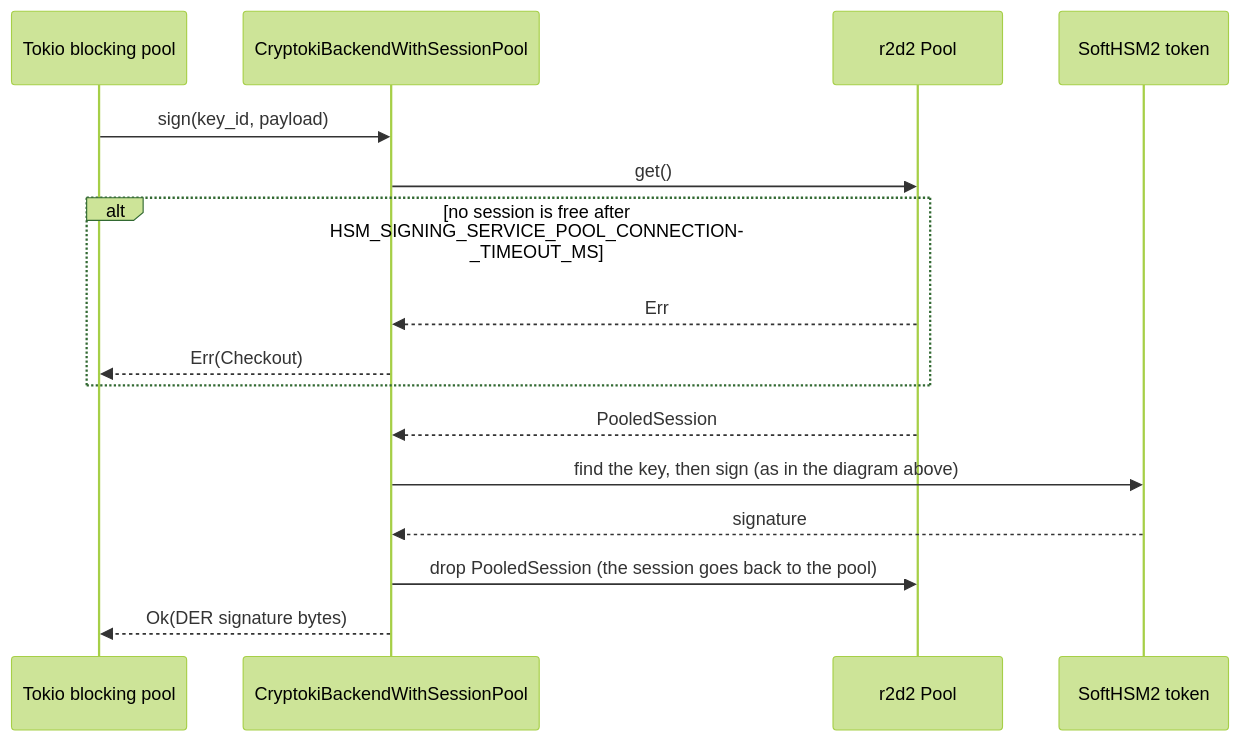
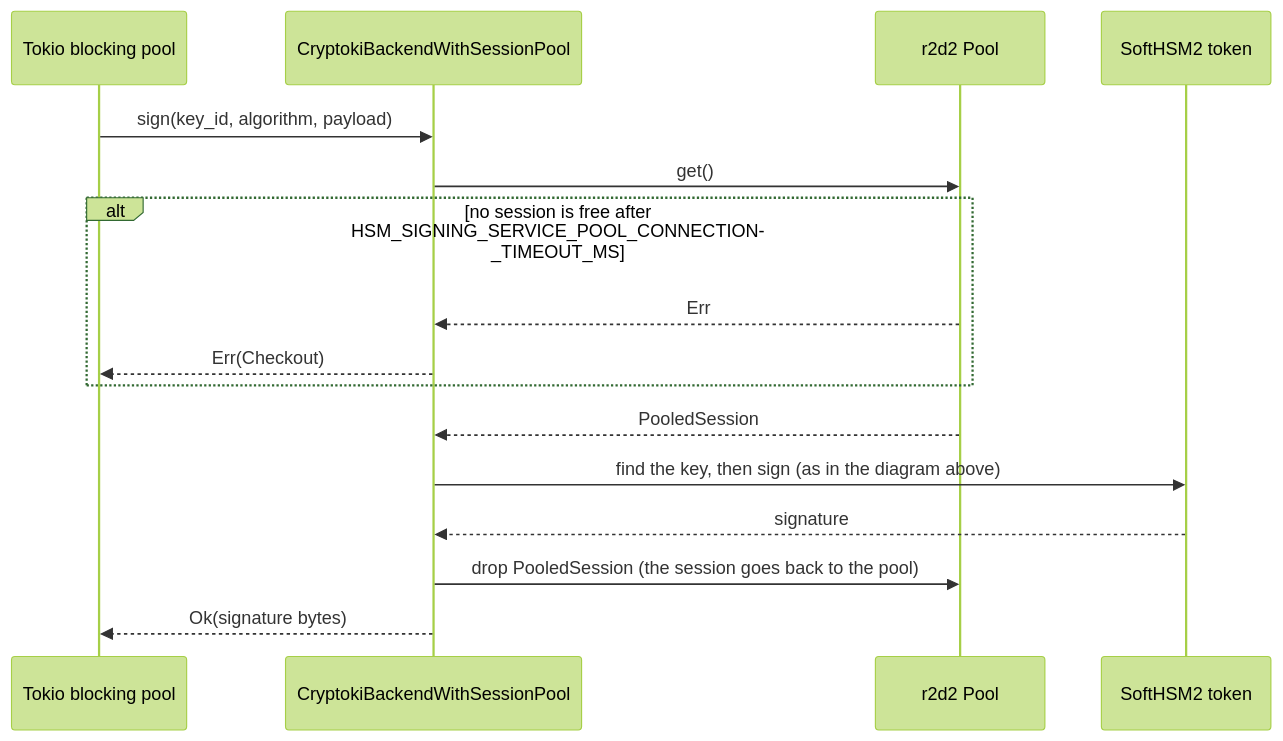
One commit to aisrael/hsm-signing-service changed the third of 3 diagrams in docs/call_flow.md. Above: the diagram before and after it, drawn with Mermaid (forest theme). The commit also changed other lines of this file and 10 other files, not shown here.

````diff
--- a/docs/call_flow.md
+++ b/docs/call_flow.md
@@ -135,19 +137,19 @@
 ```mermaid
 sequenceDiagram
     participant Pool as Tokio blocking pool
     participant Backend as CryptokiBackendWithSessionPool
     participant R2d2 as r2d2 Pool
     participant HSM as SoftHSM2 token
 
-    Pool->>Backend: sign(key_id, payload)
+    Pool->>Backend: sign(key_id, algorithm, payload)
     Backend->>R2d2: get()
     alt no session is free after HSM_SIGNING_SERVICE_POOL_CONNECTION_TIMEOUT_MS
         R2d2-->>Backend: Err
         Backend-->>Pool: Err(Checkout)
     end
     R2d2-->>Backend: PooledSession
     Backend->>HSM: find the key, then sign (as in the diagram above)
     HSM-->>Backend: signature
     Backend->>R2d2: drop PooledSession (the session goes back to the pool)
-    Backend-->>Pool: Ok(DER signature bytes)
+    Backend-->>Pool: Ok(signature bytes)
 ```
````
